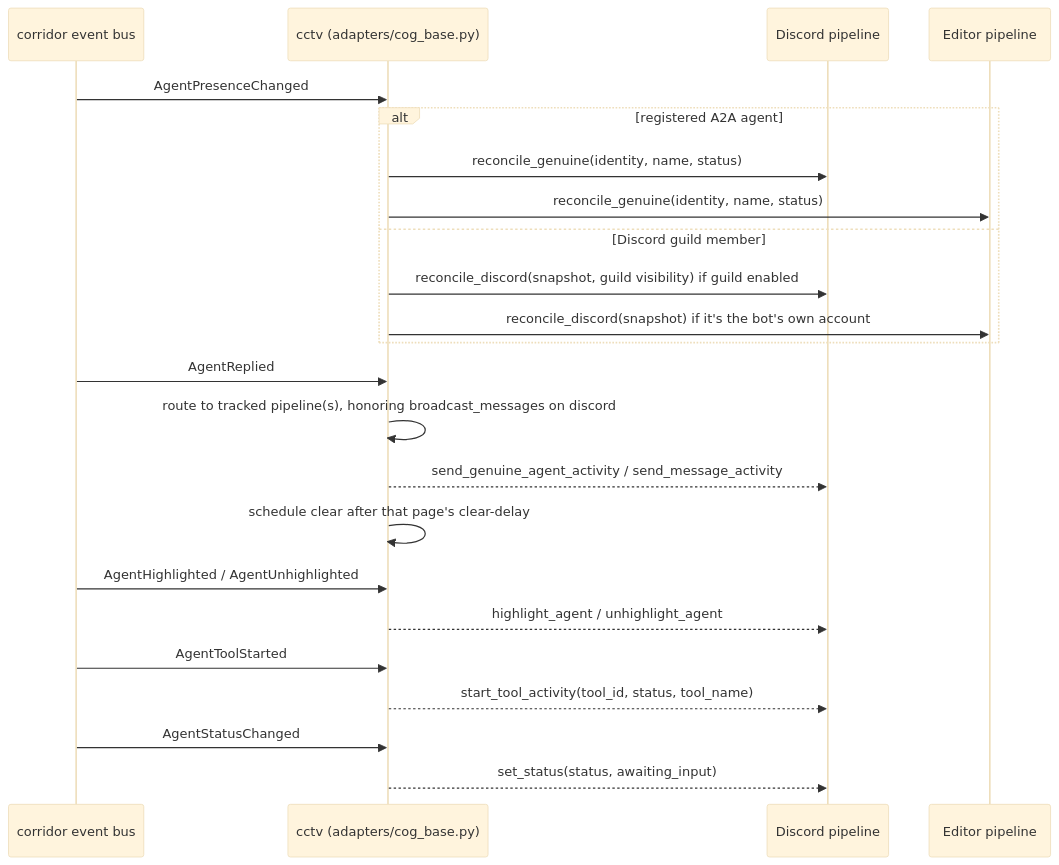
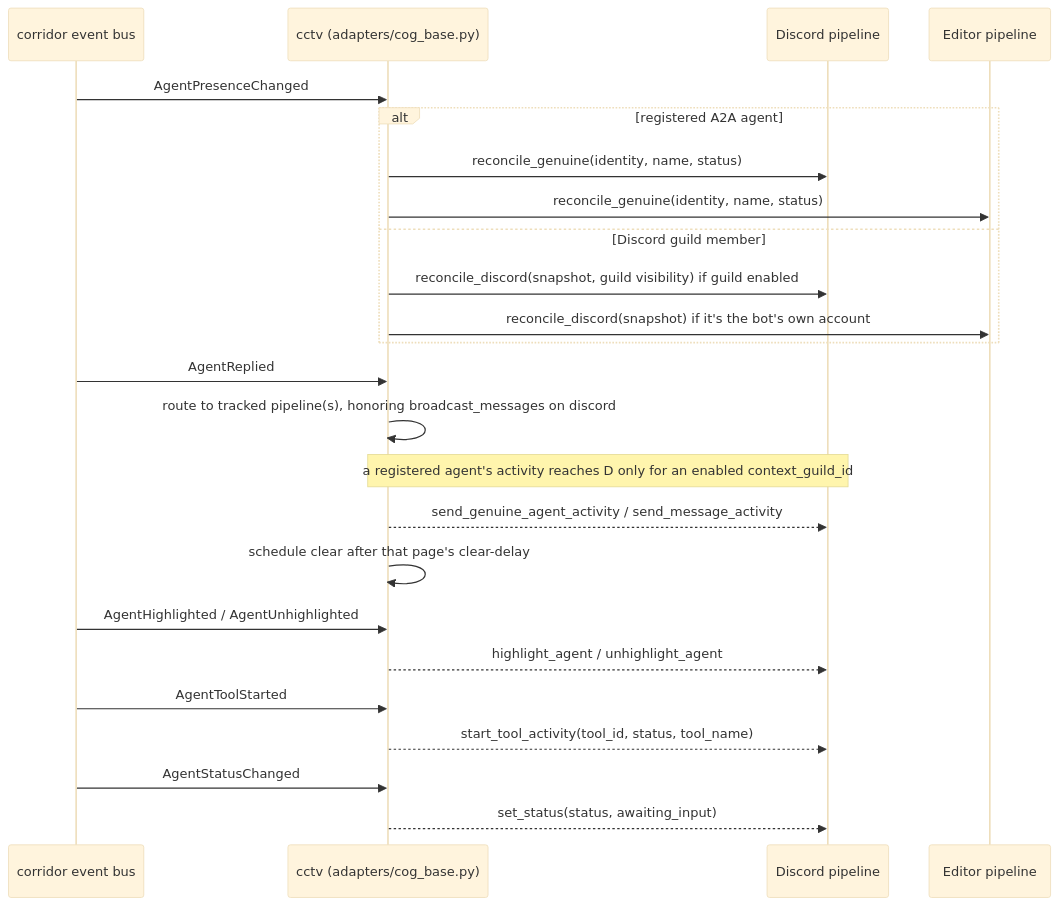
One commit to pixel-agents-hq/pixel-agents-cogs changed the fourth of 6 diagrams in docs/cctv-design.md. Above: the diagram before and after it, drawn with Mermaid (base theme). The commit also changed other lines of this file and 23 other files, not shown here.

First line of the commit message:
feat(corridor,cctv): route genuine-agent activity to the guild that asked for it (#105)

````diff
--- a/docs/cctv-design.md
+++ b/docs/cctv-design.md
@@ -372,30 +372,31 @@
 ```mermaid
 sequenceDiagram
     participant Co as corridor event bus
     participant C as cctv (adapters/cog_base.py)
     participant D as Discord pipeline
     participant E as Editor pipeline
 
     Co->>C: AgentPresenceChanged
     alt registered A2A agent
         C->>D: reconcile_genuine(identity, name, status)
         C->>E: reconcile_genuine(identity, name, status)
     else Discord guild member
         C->>D: reconcile_discord(snapshot, guild visibility) if guild enabled
         C->>E: reconcile_discord(snapshot) if it's the bot's own account
     end
 
     Co->>C: AgentReplied
     C->>C: route to tracked pipeline(s), honoring broadcast_messages on discord
+    Note over C,D: a registered agent's activity reaches D only for an enabled context_guild_id
     C-->>D: send_genuine_agent_activity / send_message_activity
     C->>C: schedule clear after that page's clear-delay
 
     Co->>C: AgentHighlighted / AgentUnhighlighted
     C-->>D: highlight_agent / unhighlight_agent
 
     Co->>C: AgentToolStarted
     C-->>D: start_tool_activity(tool_id, status, tool_name)
 
     Co->>C: AgentStatusChanged
     C-->>D: set_status(status, awaiting_input)
 ```
````
